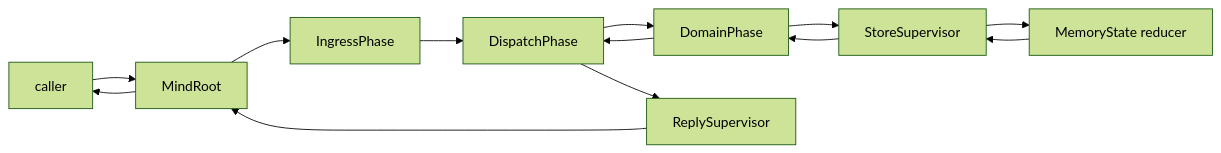
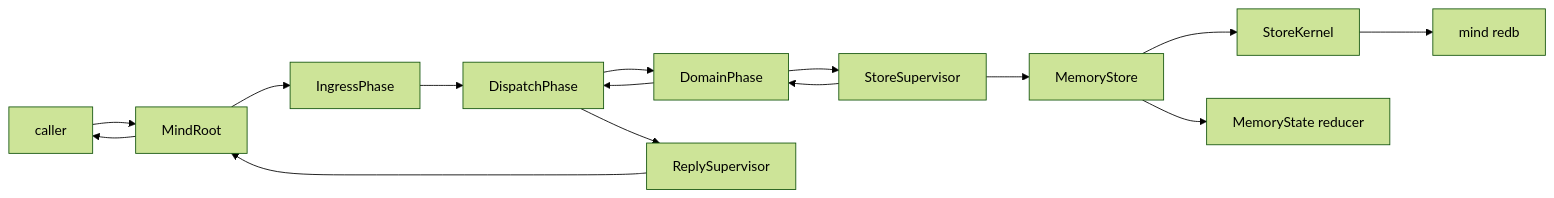
The fourth of 7 diagrams in ARCHITECTURE.md (LiGoldragon/persona-orchestrate), drawn with Mermaid (forest theme) before and after one commit. The commit also changed other lines of this file and 15 other files, not shown here.

Commit message:
mind: split store into kernel-owned actors

````diff
--- a/ARCHITECTURE.md
+++ b/ARCHITECTURE.md
@@ -145,15 +149,17 @@
 ```mermaid
 graph LR
     caller[caller] --> root[MindRoot]
     root --> ingress[IngressPhase]
     ingress --> dispatch[DispatchPhase]
     dispatch --> domain[DomainPhase]
     domain --> store[StoreSupervisor]
-    store --> reducer[MemoryState reducer]
-    reducer --> store
+    store --> memory[MemoryStore]
+    memory --> kernel[StoreKernel]
+    kernel --> db[mind redb]
+    memory --> reducer[MemoryState reducer]
     store --> domain
     domain --> dispatch
     dispatch --> reply[ReplySupervisor]
     reply --> root
     root --> caller
 ```
````
